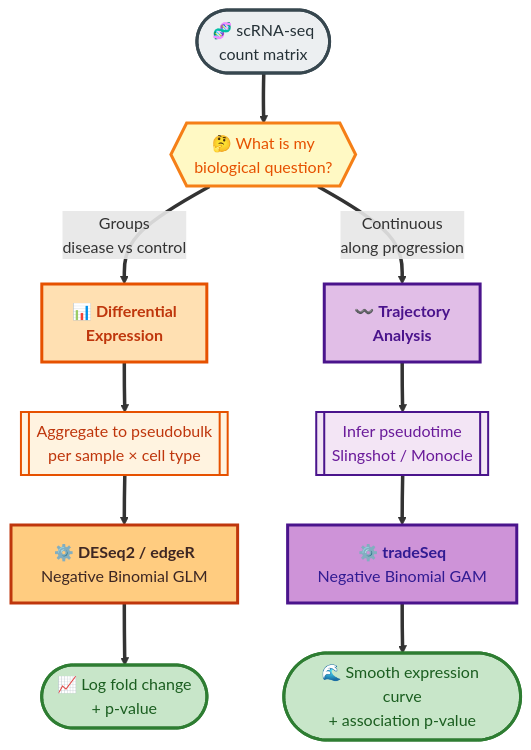
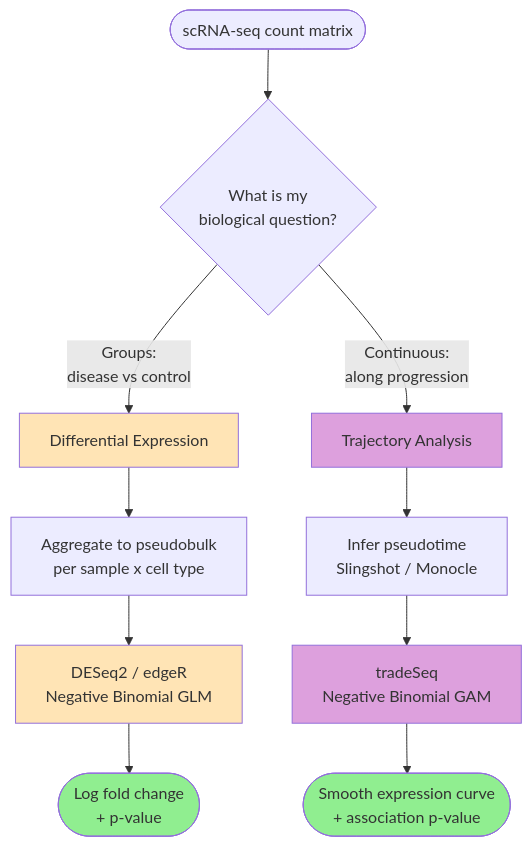
One commit to ramadatta/ramadatta.github.io changed the third of 4 diagrams in _posts/2026-04-13-LM-vs-GLM-vs-GAM.md. Above: the diagram before and after it, drawn with Mermaid. The commit also changed other lines of this file, not shown here.

Commit message:
Blog Post: When to Reach for LM, GLM, or GAM

```diff
--- a/_posts/2026-04-13-LM-vs-GLM-vs-GAM.md
+++ b/_posts/2026-04-13-LM-vs-GLM-vs-GAM.md
@@ -213,29 +213,24 @@
 <div class="mermaid" style="display: flex; justify-content: center;">
 flowchart TB
-    Start(["🧬 scRNA-seq<br/>count matrix"])
-    Q{{"🤔 What is my<br/>biological question?"}}
+    Start([scRNA-seq count matrix])
 
-    Start ==> Q
+    Start --> Q{What is my<br/>biological question?}
 
-    Q ==>|"Groups<br/>disease vs control"| DGE["📊 <b>Differential<br/>Expression</b>"]
-    Q ==>|"Continuous<br/>along progression"| TRAJ["〰️ <b>Trajectory<br/>Analysis</b>"]
+    Q -->|Groups:<br/>disease vs control| DGE[Differential Expression]
+    Q -->|Continuous:<br/>along progression| TRAJ[Trajectory Analysis]
 
-    DGE ==> PB[["Aggregate to pseudobulk<br/>per sample × cell type"]]
-    PB ==> GLM_Tool["⚙️ <b>DESeq2 / edgeR</b><br/>Negative Binomial GLM"]
-    GLM_Tool ==> GLM_Out(["📈 Log fold change<br/>+ p-value"])
+    DGE --> PB[Aggregate to pseudobulk<br/>per sample x cell type]
+    PB --> GLM_Tool[DESeq2 / edgeR<br/>Negative Binomial GLM]
+    GLM_Tool --> GLM_Out([Log fold change<br/>+ p-value])
 
-    TRAJ ==> PT[["Infer pseudotime<br/>Slingshot / Monocle"]]
-    PT ==> GAM_Tool["⚙️ <b>tradeSeq</b><br/>Negative Binomial GAM"]
-    GAM_Tool ==> GAM_Out(["🌊 Smooth expression curve<br/>+ association p-value"])
+    TRAJ --> PT[Infer pseudotime<br/>Slingshot / Monocle]
+    PT --> GAM_Tool[tradeSeq<br/>Negative Binomial GAM]
+    GAM_Tool --> GAM_Out([Smooth expression curve<br/>+ association p-value])
 
-    style Start fill:#ECEFF1,stroke:#37474F,stroke-width:3px,color:#263238
-    style Q fill:#FFF9C4,stroke:#F57F17,stroke-width:3px,color:#E65100
-    style DGE fill:#FFE0B2,stroke:#E65100,stroke-width:3px,color:#BF360C
-    style TRAJ fill:#E1BEE7,stroke:#4A148C,stroke-width:3px,color:#4A148C
-    style PB fill:#FFF3E0,stroke:#E65100,stroke-width:2px,color:#BF360C
-    style PT fill:#F3E5F5,stroke:#4A148C,stroke-width:2px,color:#6A1B9A
-    style GLM_Tool fill:#FFCC80,stroke:#BF360C,stroke-width:3px,color:#3E2723
-    style GAM_Tool fill:#CE93D8,stroke:#4A148C,stroke-width:3px,color:#311B92
-    style GLM_Out fill:#C8E6C9,stroke:#2E7D32,stroke-width:3px,color:#1B5E20
-    style GAM_Out fill:#C8E6C9,stroke:#2E7D32,stroke-width:3px,color:#1B5E20
+    style DGE fill:#FFE4B5
+    style TRAJ fill:#DDA0DD
+    style GLM_Tool fill:#FFE4B5
+    style GAM_Tool fill:#DDA0DD
+    style GLM_Out fill:#90EE90
+    style GAM_Out fill:#90EE90
 </div>
```
